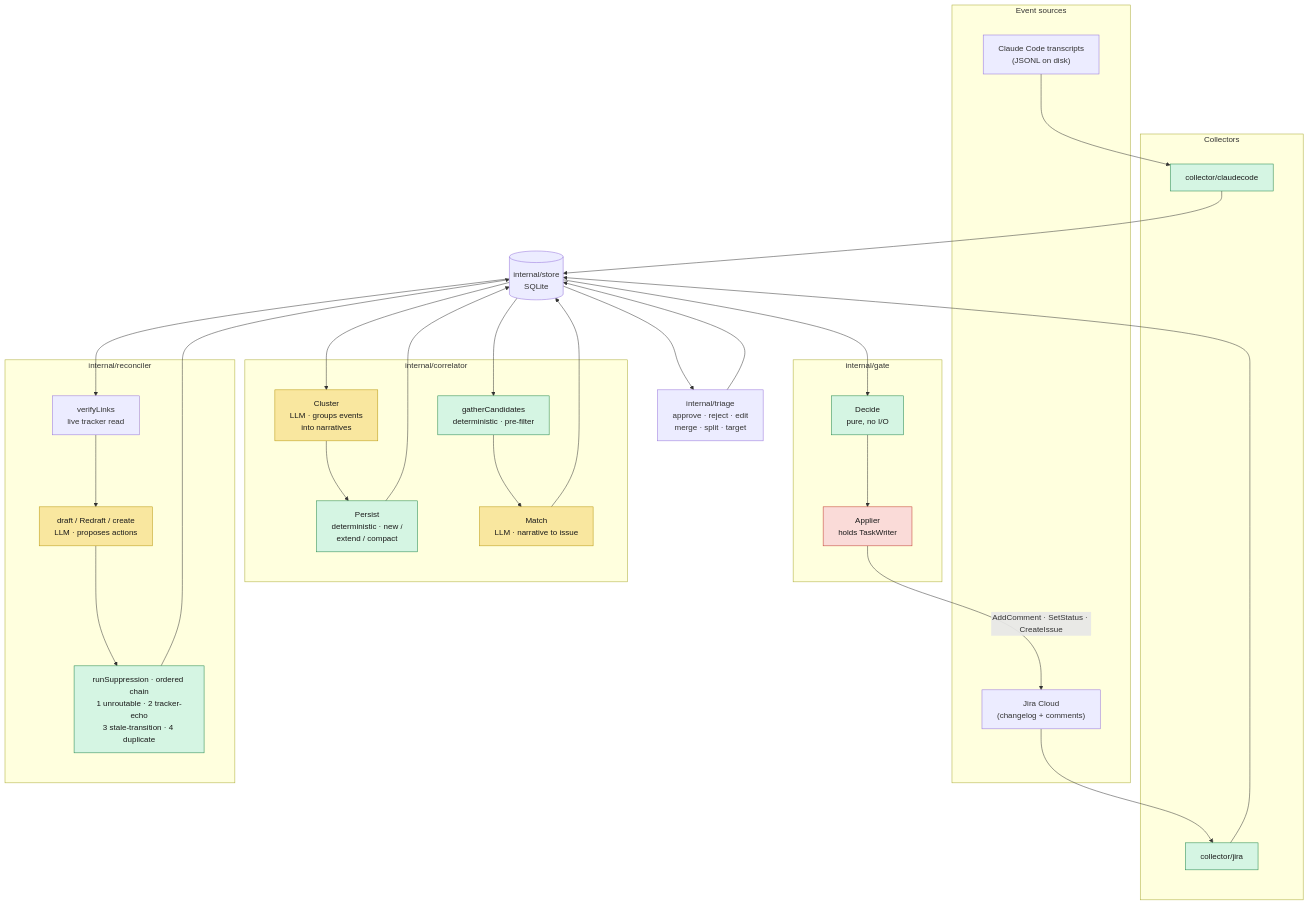
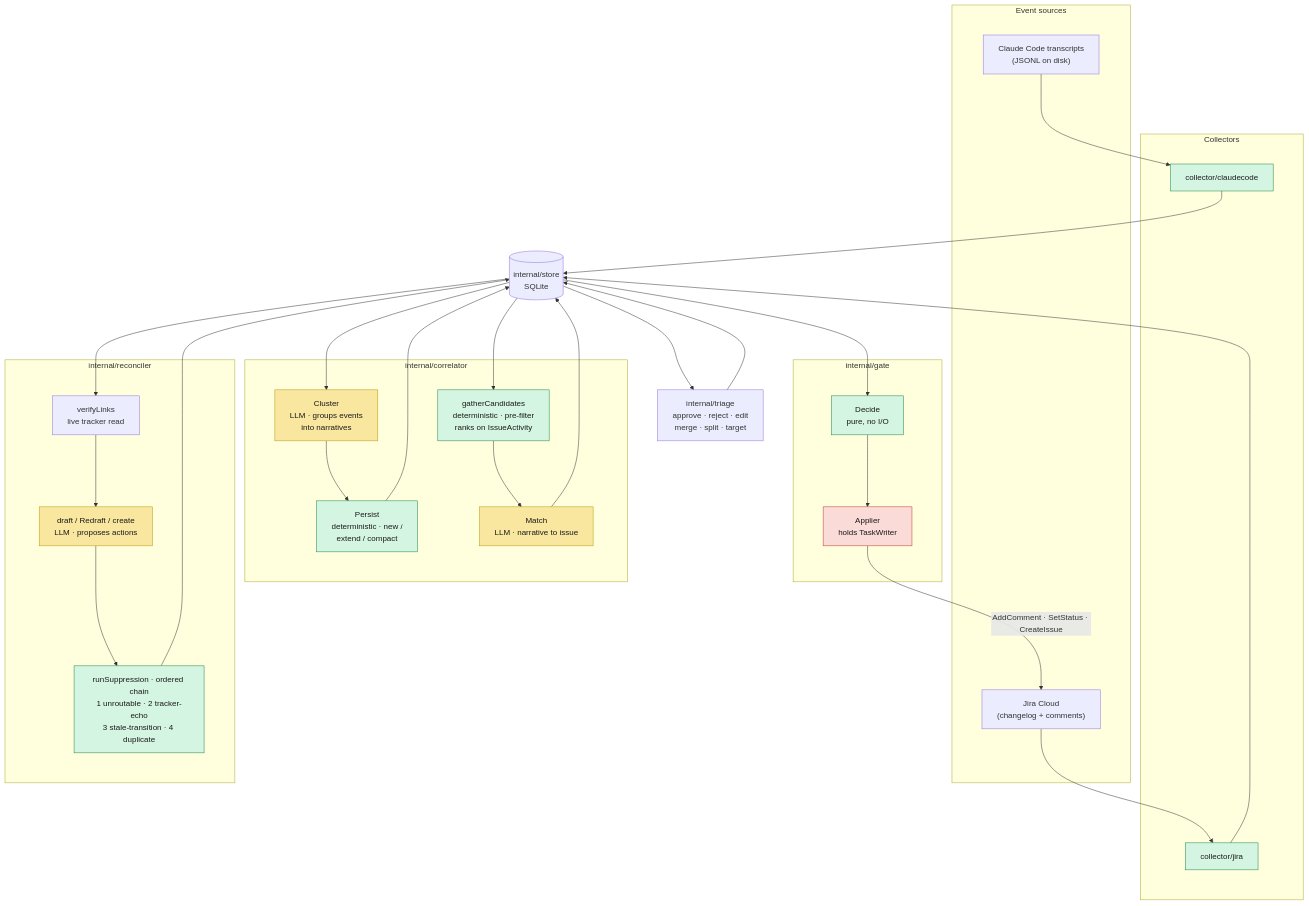
The first of 4 diagrams in docs/architecture.md (jcogilvie/unjira), drawn with Mermaid before and after one commit. The commit also changed other lines of this file and 12 other files, not shown here.

````diff
--- a/docs/architecture.md
+++ b/docs/architecture.md
@@ -42,54 +42,54 @@
 ```mermaid
 ---
 config:
   nodeSpacing: 100
   rankSpacing: 120
 ---
 flowchart TB
     subgraph sources["Event sources"]
         CC["Claude Code transcripts<br/>(JSONL on disk)"]
         JIRA["Jira Cloud<br/>(changelog + comments)"]
     end
 
     subgraph collectors["Collectors"]
         CCC["collector/claudecode"]
         JC["collector/jira"]
     end
 
     STORE[("internal/store<br/>SQLite")]
 
     subgraph correlate["internal/correlator"]
         CLUSTER["Cluster<br/>LLM · groups events<br/>into narratives"]
         PERSIST["Persist<br/>deterministic · new /<br/>extend / compact"]
-        CAND["gatherCandidates<br/>deterministic · pre-filter"]
+        CAND["gatherCandidates<br/>deterministic · pre-filter<br/>ranks on IssueActivity"]
         MATCH["Match<br/>LLM · narrative to issue"]
     end
 
     subgraph reconcile["internal/reconciler"]
         VERIFY["verifyLinks<br/>live tracker read"]
         DRAFT["draft / Redraft / create<br/>LLM · proposes actions"]
         FILTERS["runSuppression · ordered chain<br/>1 unroutable · 2 tracker-echo<br/>3 stale-transition · 4 duplicate"]
     end
 
     TRIAGE["internal/triage<br/>approve · reject · edit<br/>merge · split · target"]
 
     subgraph write["internal/gate"]
         DECIDE["Decide<br/>pure, no I/O"]
         APPLY["Applier<br/>holds TaskWriter"]
     end
 
     CC --> CCC --> STORE
     JIRA --> JC --> STORE
     STORE --> CLUSTER --> PERSIST --> STORE
     STORE --> CAND --> MATCH --> STORE
     STORE --> VERIFY --> DRAFT --> FILTERS --> STORE
     STORE --> TRIAGE --> STORE
     STORE --> DECIDE --> APPLY -->|"AddComment · SetStatus · CreateIssue"| JIRA
 
     classDef llm fill:#f9e79f,stroke:#b7950b,color:#1a1a1a
     classDef det fill:#d5f5e3,stroke:#1e8449,color:#1a1a1a
     classDef danger fill:#fadbd8,stroke:#c0392b,color:#1a1a1a
     class CLUSTER,MATCH,DRAFT llm
     class CCC,JC,PERSIST,CAND,FILTERS,DECIDE det
     class APPLY danger
 ```
````
